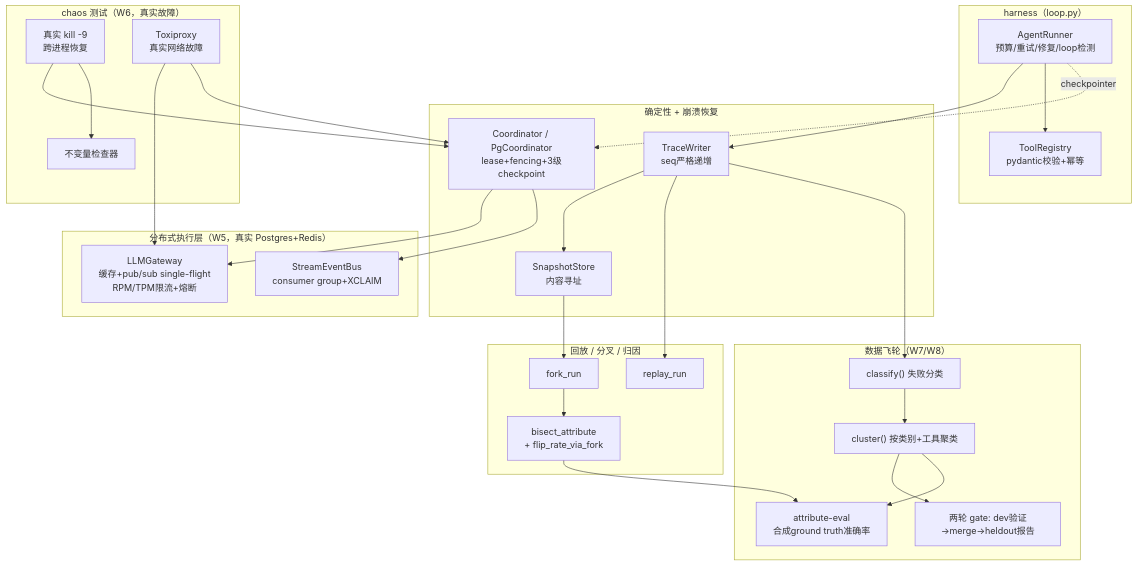
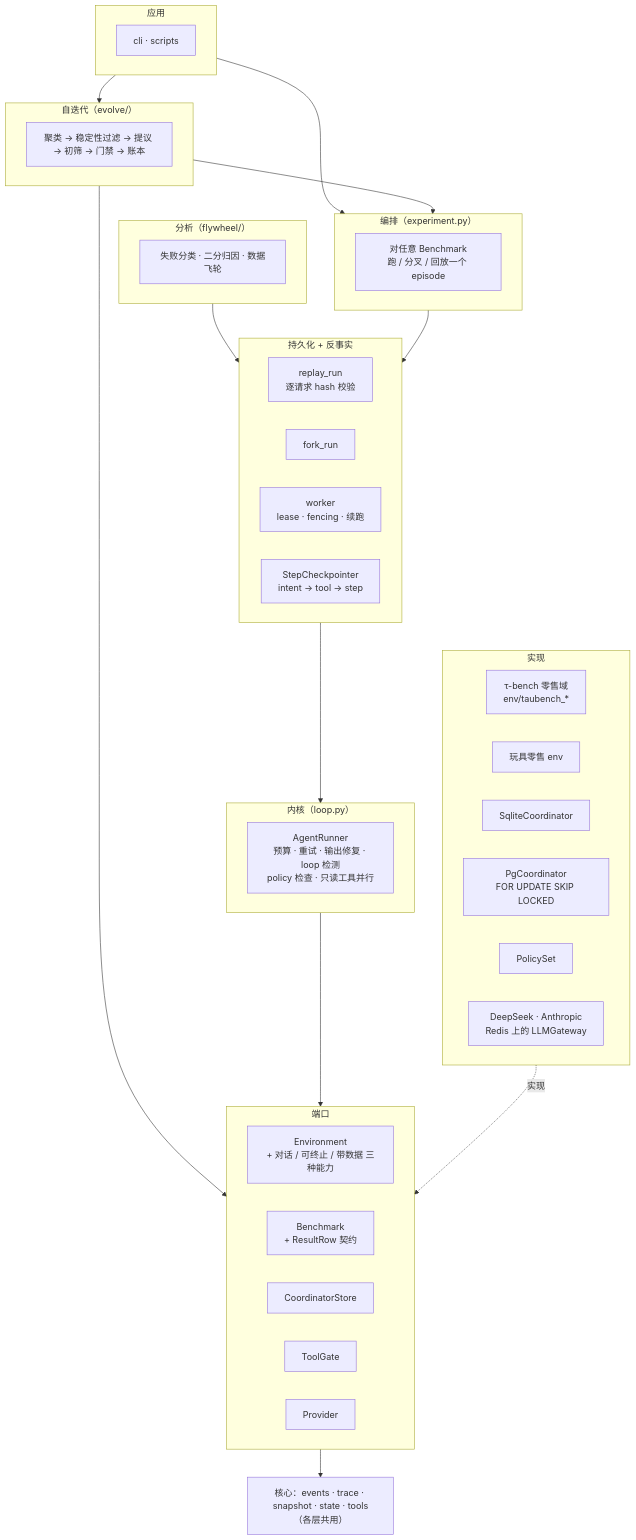
The diagram in docs/DEVLOG.zh-CN.md (Danica-Yan/RewindHarness), drawn with Mermaid before and after one commit. The commit also changed other lines of this file and 14 other files, not shown here.

````diff
--- a/docs/DEVLOG.zh-CN.md
+++ b/docs/DEVLOG.zh-CN.md
@@ -10,51 +12,51 @@
 ```mermaid
 flowchart TB
-    subgraph Harness["harness（loop.py）"]
-        Loop["AgentRunner<br/>预算/重试/修复/loop检测"]
-        Tools["ToolRegistry<br/>pydantic校验+幂等"]
+    subgraph Apps["应用"]
+        CLI["cli · scripts"]
     end
-    subgraph Durability["确定性 + 崩溃恢复"]
-        Trace["TraceWriter<br/>seq严格递增"]
-        Snap["SnapshotStore<br/>内容寻址"]
-        Ckpt["Coordinator / PgCoordinator<br/>lease+fencing+3级checkpoint"]
+    subgraph Evolve["自迭代（evolve/）"]
+        Ev["聚类 → 稳定性过滤 → 提议 → 初筛 → 门禁 → 账本"]
     end
-    subgraph CounterFactual["回放 / 分叉 / 归因"]
-        Replay["replay_run"]
+    subgraph Analysis["分析（flywheel/）"]
+        Fw["失败分类 · 二分归因 · 数据飞轮"]
+    end
+    subgraph Exp["编排（experiment.py）"]
+        Ep["对任意 Benchmark<br/>跑 / 分叉 / 回放一个 episode"]
+    end
+    subgraph Dur["持久化 + 反事实"]
+        Replay["replay_run<br/>逐请求 hash 校验"]
         Fork["fork_run"]
-        Attr["bisect_attribute<br/>+ flip_rate_via_fork"]
+        Worker["worker<br/>lease · fencing · 续跑"]
+        Ckpt["StepCheckpointer<br/>intent → tool → step"]
     end
-    subgraph Dist["分布式执行层（W5，真实 Postgres+Redis）"]
-        Gateway["LLMGateway<br/>缓存+pub/sub single-flight<br/>RPM/TPM限流+熔断"]
-        Stream["StreamEventBus<br/>consumer group+XCLAIM"]
+    subgraph Kernel["内核（loop.py）"]
+        Loop["AgentRunner<br/>预算 · 重试 · 输出修复 · loop 检测<br/>policy 检查 · 只读工具并行"]
     end
-    subgraph Chaos["chaos 测试（W6，真实故障）"]
-        Kill["真实 kill -9<br/>跨进程恢复"]
-        Toxi["Toxiproxy<br/>真实网络故障"]
-        Inv["不变量检查器"]
+    subgraph Ports["端口"]
+        PEnv["Environment<br/>+ 对话 / 可终止 / 带数据 三种能力"]
+        PBench["Benchmark<br/>+ ResultRow 契约"]
+        PStore["CoordinatorStore"]
+        PGate["ToolGate"]
+        PProv["Provider"]
     end
-    subgraph Flywheel["数据飞轮（W7/W8）"]
-        Classify["classify() 失败分类"]
-        Cluster["cluster() 按类别+工具聚类"]
-        Eval["attribute-eval<br/>合成ground truth准确率"]
-        Round["两轮 gate: dev验证→merge→heldout报告"]
+    subgraph Impl["实现"]
+        Tau["τ-bench 零售域<br/>env/taubench_*"]
+        Toy["玩具零售 env"]
+        Sqlite["SqliteCoordinator"]
+        Pg["PgCoordinator<br/>FOR UPDATE SKIP LOCKED"]
+        Pol["PolicySet"]
+        LLM["DeepSeek · Anthropic<br/>Redis 上的 LLMGateway"]
     end
+    Core["核心：events · trace · snapshot · state · tools（各层共用）"]
 
-    Loop --> Trace
-    Loop --> Tools
-    Trace --> Snap
-    Loop -.checkpointer.-> Ckpt
-    Trace --> Replay
-    Snap --> Fork
-    Fork --> Attr
-    Ckpt --> Gateway
-    Ckpt --> Stream
-    Kill --> Ckpt
-    Toxi --> Gateway
-    Toxi --> Ckpt
-    Kill --> Inv
-    Trace --> Classify
-    Classify --> Cluster
-    Cluster --> Round
-    Attr --> Eval
-    Cluster --> Eval
+    Apps --> Evolve
+    Apps --> Exp
+    Evolve --> Exp
+    Evolve --> Ports
+    Analysis --> Dur
+    Exp --> Dur
+    Dur --> Kernel
+    Kernel --> Ports
+    Impl -. 实现 .-> Ports
+    Ports --> Core
 ```
````
